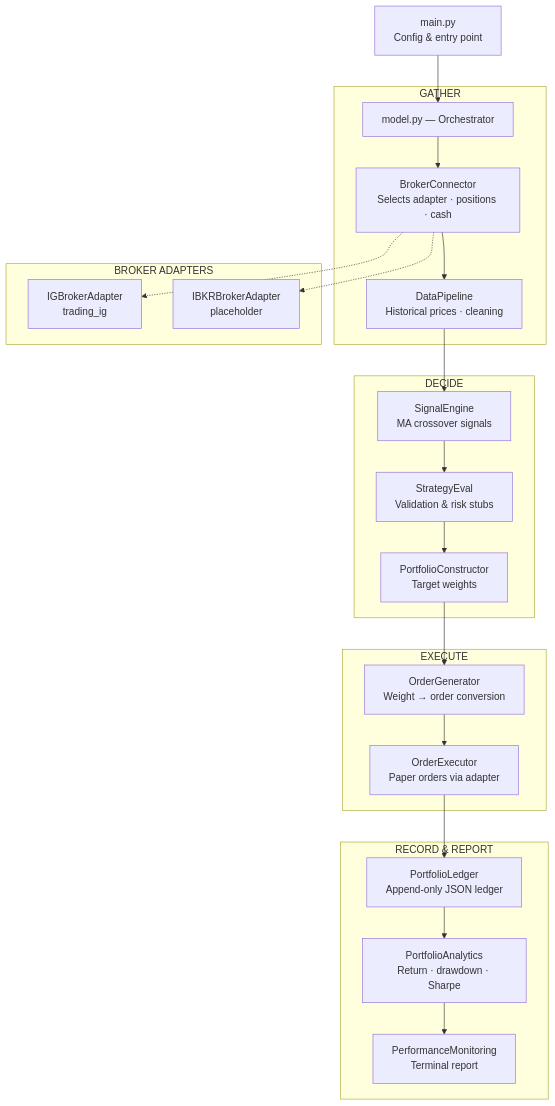
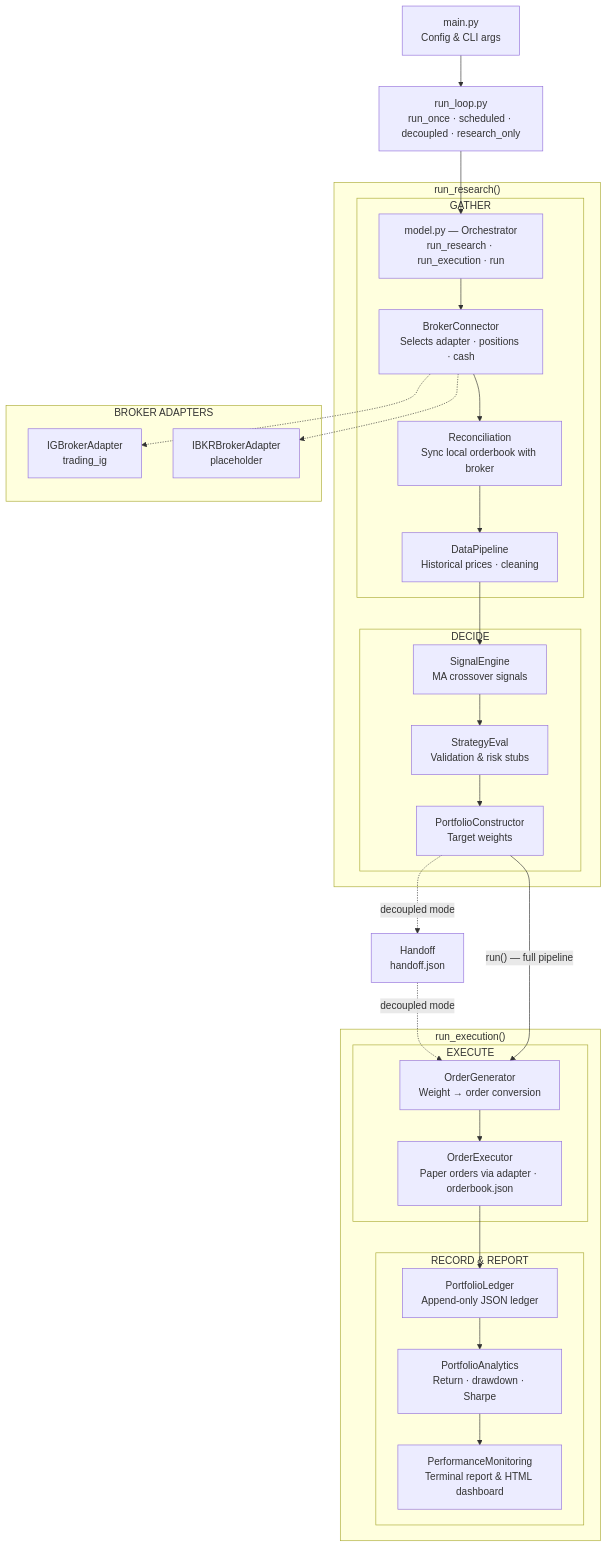
The diagram in README.md (Braumeister-Stefan/Tradinator), drawn with Mermaid before and after one commit. The commit also changed other lines of this file, not shown here.

First line of the commit message:
docs: update README to reflect 11-component non-linear pipeline

````diff
--- a/README.md
+++ b/README.md
@@ -15,31 +15,42 @@
 ```mermaid
 flowchart TD
-    A[main.py<br/>Config & entry point] --> B[model.py — Orchestrator]
+    A[main.py<br/>Config & CLI args] --> RL[run_loop.py<br/>run_once · scheduled · decoupled · research_only]
+    RL --> B[model.py — Orchestrator<br/>run_research · run_execution · run]
 
-    subgraph GATHER
-        B --> C[BrokerConnector<br/>Selects adapter · positions · cash]
-        C --> D[DataPipeline<br/>Historical prices · cleaning]
+    subgraph "run_research()"
+        subgraph GATHER
+            B --> C[BrokerConnector<br/>Selects adapter · positions · cash]
+            C --> R[Reconciliation<br/>Sync local orderbook with broker]
+            R --> D[DataPipeline<br/>Historical prices · cleaning]
+        end
+
+        subgraph DECIDE
+            D --> E[SignalEngine<br/>MA crossover signals]
+            E --> F[StrategyEval<br/>Validation & risk stubs]
+            F --> G[PortfolioConstructor<br/>Target weights]
+        end
     end
 
-    subgraph DECIDE
-        D --> E[SignalEngine<br/>MA crossover signals]
-        E --> F[StrategyEval<br/>Validation & risk stubs]
-        F --> G[PortfolioConstructor<br/>Target weights]
+    G -.->|"decoupled mode"| HO[Handoff<br/>handoff.json]
+    HO -.->|"decoupled mode"| H
+
+    subgraph "run_execution()"
+        subgraph EXECUTE
+            H[OrderGenerator<br/>Weight → order conversion]
+            H --> I[OrderExecutor<br/>Paper orders via adapter · orderbook.json]
+        end
+
+        subgraph RECORD & REPORT
+            I --> J[PortfolioLedger<br/>Append-only JSON ledger]
+            J --> K[PortfolioAnalytics<br/>Return · drawdown · Sharpe]
+            K --> L[PerformanceMonitoring<br/>Terminal report & HTML dashboard]
+        end
     end
 
-    subgraph EXECUTE
-        G --> H[OrderGenerator<br/>Weight → order conversion]
-        H --> I[OrderExecutor<br/>Paper orders via adapter]
-    end
-
-    subgraph RECORD & REPORT
-        I --> J[PortfolioLedger<br/>Append-only JSON ledger]
-        J --> K[PortfolioAnalytics<br/>Return · drawdown · Sharpe]
-        K --> L[PerformanceMonitoring<br/>Terminal report]
-    end
+    G -->|"run() — full pipeline"| H
 
     subgraph BROKER ADAPTERS
         C -.-> M[IGBrokerAdapter<br/>trading_ig]
         C -.-> N[IBKRBrokerAdapter<br/>placeholder]
     end
 ```
````
